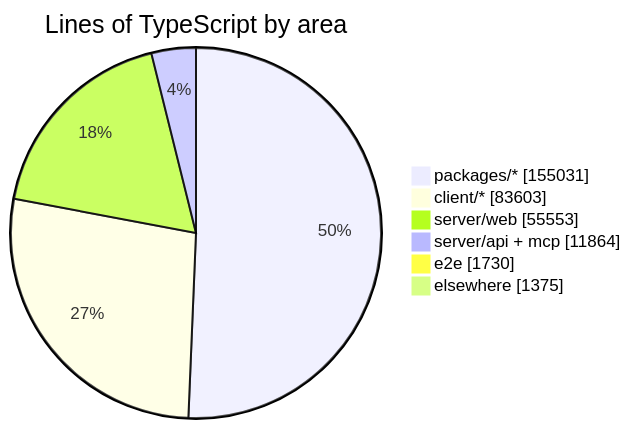
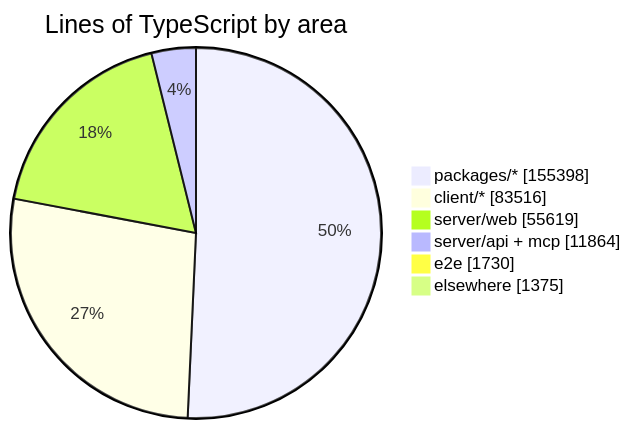
Before and after one commit to crossworks-engineering/mantle: the diagram in README.md, drawn with Mermaid. The commit also changed other lines of this file and 4 other files, not shown here.

````diff
--- a/README.md
+++ b/README.md
@@ -279,9 +279,9 @@
 ```mermaid
 pie showData title Lines of TypeScript by area
-    "packages/*" : 155031
-    "client/*" : 83603
-    "server/web" : 55553
+    "packages/*" : 155398
+    "client/*" : 83516
+    "server/web" : 55619
     "server/api + mcp" : 11864
     "e2e" : 1730
     "elsewhere" : 1375
 ```
````
